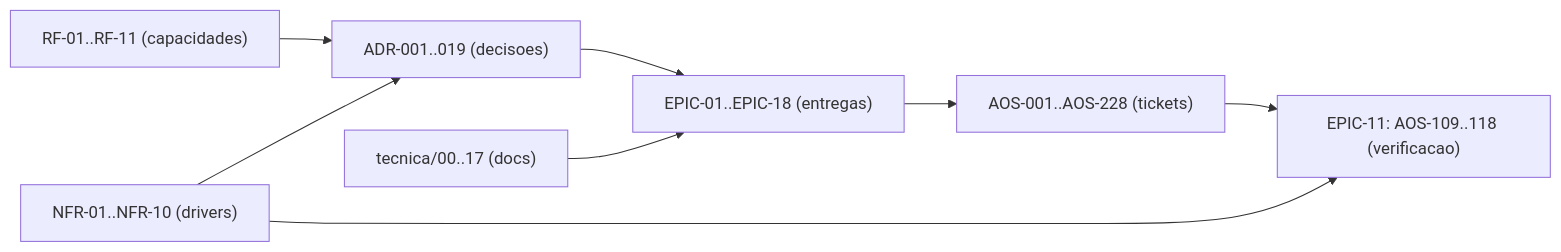
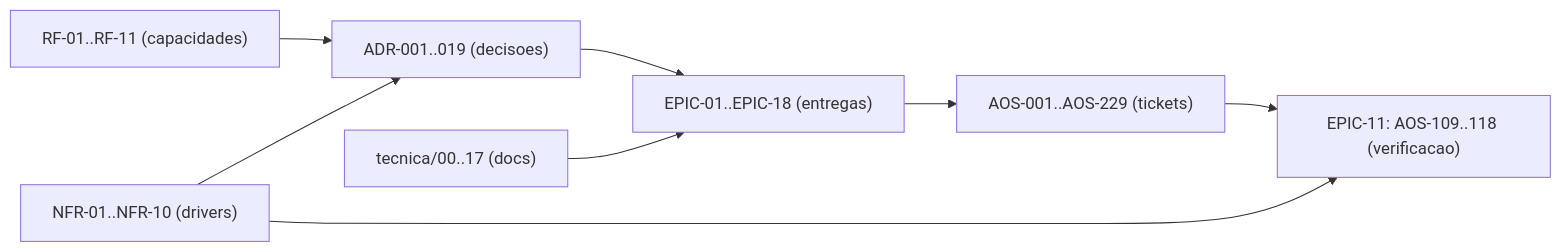
Before and after one commit to albinoJimy/aos: the diagram in tecnica/16_Rastreabilidade_RTM.md, drawn with Mermaid. The commit also changed other lines of this file and 3 other files, not shown here.

````diff
--- a/tecnica/16_Rastreabilidade_RTM.md
+++ b/tecnica/16_Rastreabilidade_RTM.md
@@ -168,10 +168,10 @@
 ```mermaid
 flowchart LR
     RF["RF-01..RF-11 (capacidades)"] --> ADR["ADR-001..019 (decisoes)"]
     NFR["NFR-01..NFR-10 (drivers)"] --> ADR
     ADR --> EPIC["EPIC-01..EPIC-18 (entregas)"]
-    EPIC --> TICK["AOS-001..AOS-228 (tickets)"]
+    EPIC --> TICK["AOS-001..AOS-229 (tickets)"]
     DOC["tecnica/00..17 (docs)"] --> EPIC
     TICK --> TEST["EPIC-11: AOS-109..118 (verificacao)"]
     NFR --> TEST
 ```
````
